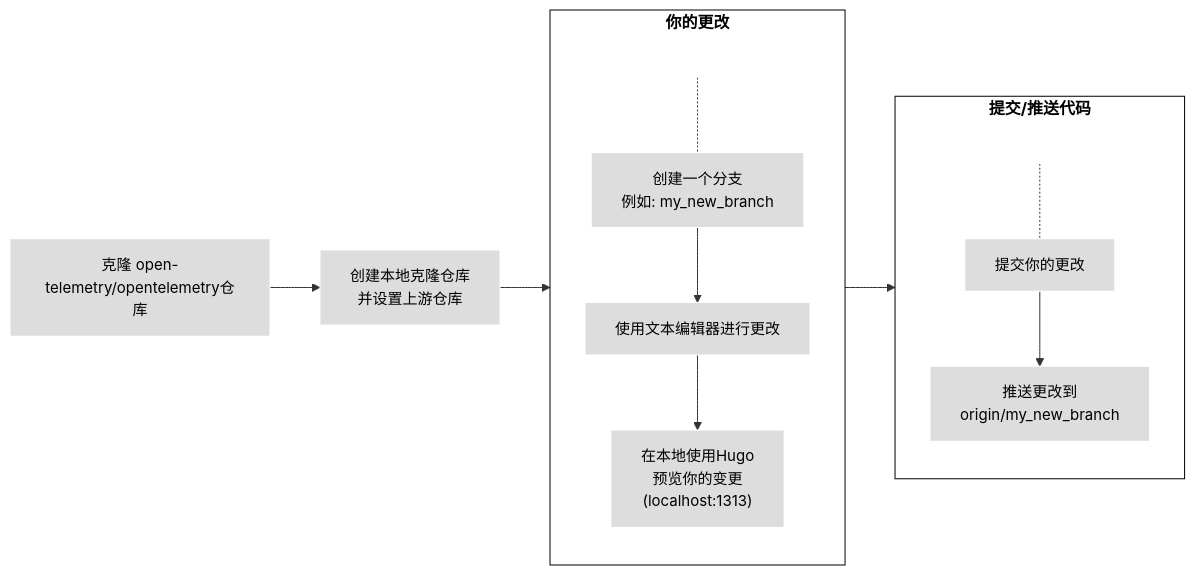
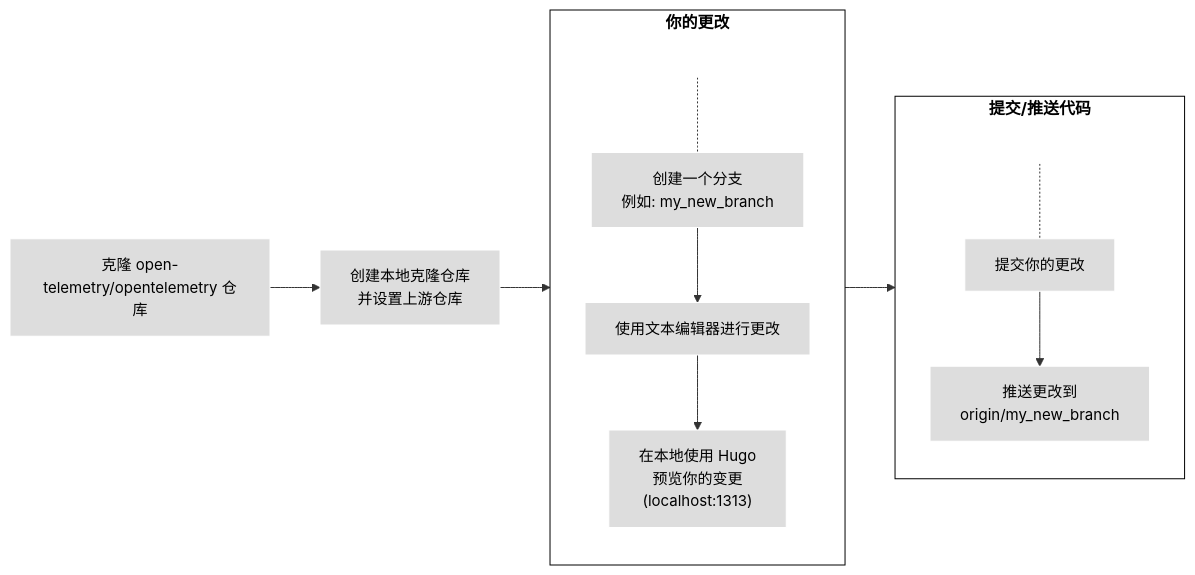
The third of 4 diagrams in content/zh/docs/contributing/_index.md (open-telemetry/opentelemetry.io), drawn with Mermaid before and after one commit. The commit also changed other lines of this file, not shown here.

````diff
--- a/content/zh/docs/contributing/_index.md
+++ b/content/zh/docs/contributing/_index.md
@@ -140,24 +140,24 @@
 ```mermaid
 flowchart LR
-1[克隆 open-telemetry/opentelemetry仓库] --> 2[创建本地克隆仓库<br>并设置上游仓库]
+1[克隆 open-telemetry/opentelemetry 仓库] --> 2[创建本地克隆仓库<br>并设置上游仓库]
 subgraph changes[你的更改]
 direction TB
 S[ ] -.-
-3[创建一个分支<br>例如: my_new_branch] --> 3a[使用文本编辑器进行更改] --> 4["在本地使用Hugo<br>预览你的变更<br>(localhost:1313)"]
+3[创建一个分支<br>例如: my_new_branch] --> 3a[使用文本编辑器进行更改] --> 4["在本地使用 Hugo <br>预览你的变更<br>(localhost:1313)"]
 end
 subgraph changes2[提交/推送代码]
 direction TB
 T[ ] -.-
 5[提交你的更改] --> 6[推送更改到<br>origin/my_new_branch]
 end
 
 2 --> changes --> changes2
 
 classDef grey fill:#dddddd,stroke:#ffffff,stroke-width:px,color:#000000, font-size:15px;
 classDef white fill:#ffffff,stroke:#000,stroke-width:px,color:#000,font-weight:bold
 classDef k8s fill:#326ce5,stroke:#fff,stroke-width:1px,color:#fff;
 classDef spacewhite fill:#ffffff,stroke:#fff,stroke-width:0px,color:#000
 class 1,2,3,3a,4,5,6 grey
 class S,T spacewhite
 class changes,changes2 white
 ```
````
